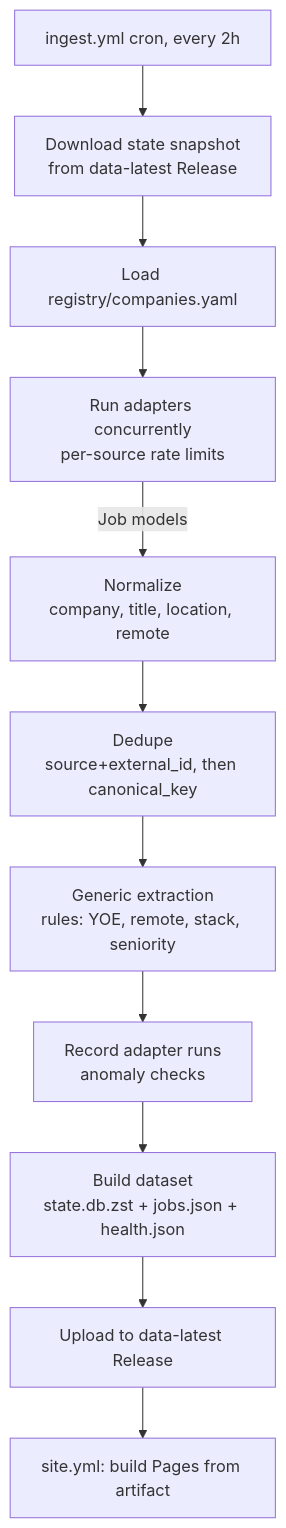
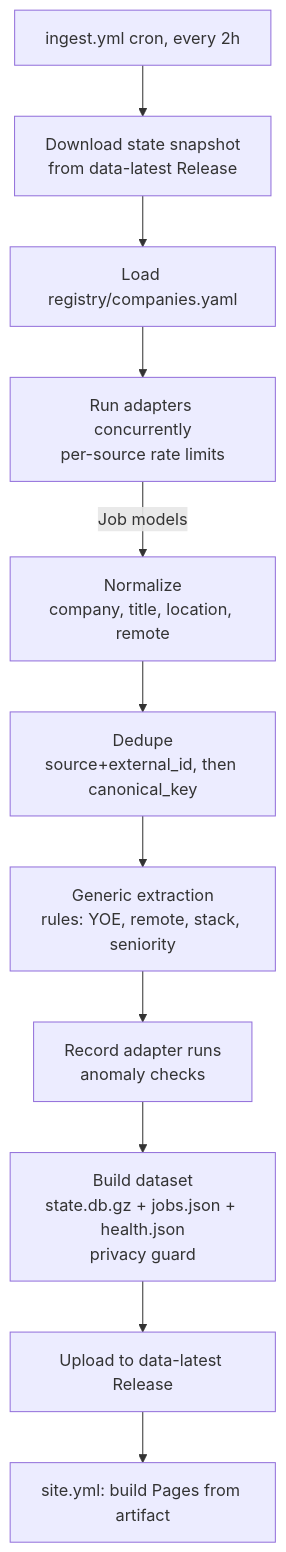
The first of 2 diagrams in docs/architecture.md (mohangowdatdev/earlybird), drawn with Mermaid before and after one commit. The commit also changed other lines of this file and 76 other files, not shown here.

````diff
--- a/docs/architecture.md
+++ b/docs/architecture.md
@@ -21,13 +21,13 @@
 ```mermaid
 flowchart TD
   CRON[ingest.yml cron, every 2h] --> RESTORE[Download state snapshot<br/>from data-latest Release]
   RESTORE --> REG[Load registry/companies.yaml]
   REG --> RUN[Run adapters concurrently<br/>per-source rate limits]
   RUN -->|Job models| NORM[Normalize<br/>company, title, location, remote]
   NORM --> DEDUPE[Dedupe<br/>source+external_id, then canonical_key]
   DEDUPE --> ENRICH[Generic extraction<br/>rules: YOE, remote, stack, seniority]
   ENRICH --> HEALTH[Record adapter runs<br/>anomaly checks]
-  HEALTH --> PUB[Build dataset<br/>state.db.zst + jobs.json + health.json]
+  HEALTH --> PUB[Build dataset<br/>state.db.gz + jobs.json + health.json<br/>privacy guard]
   PUB --> REL[Upload to data-latest Release]
   REL --> SITE[site.yml: build Pages from artifact]
 ```
````
